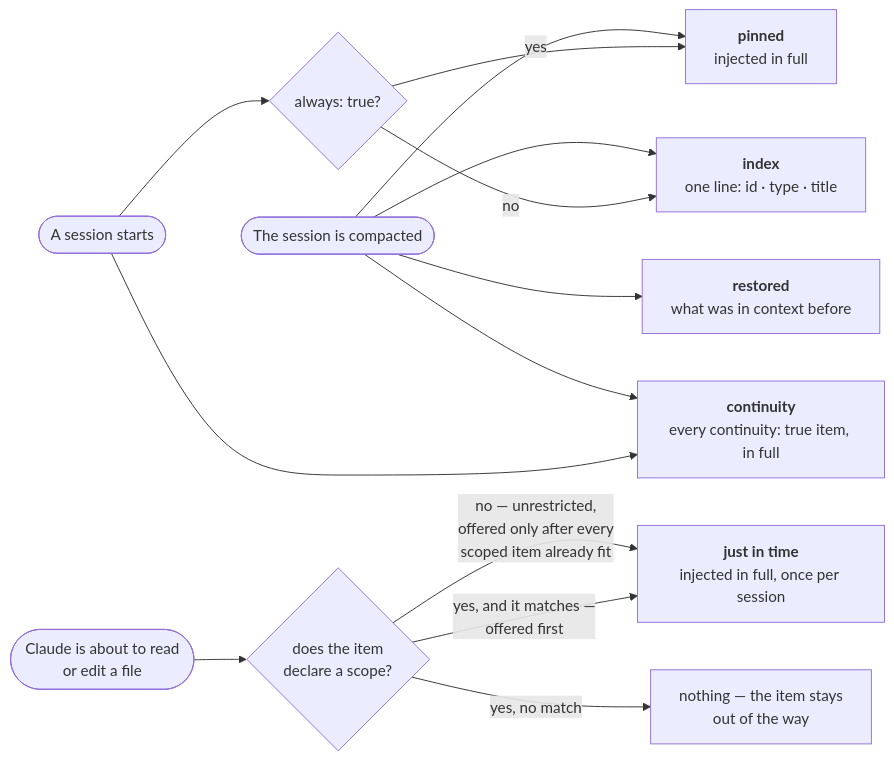
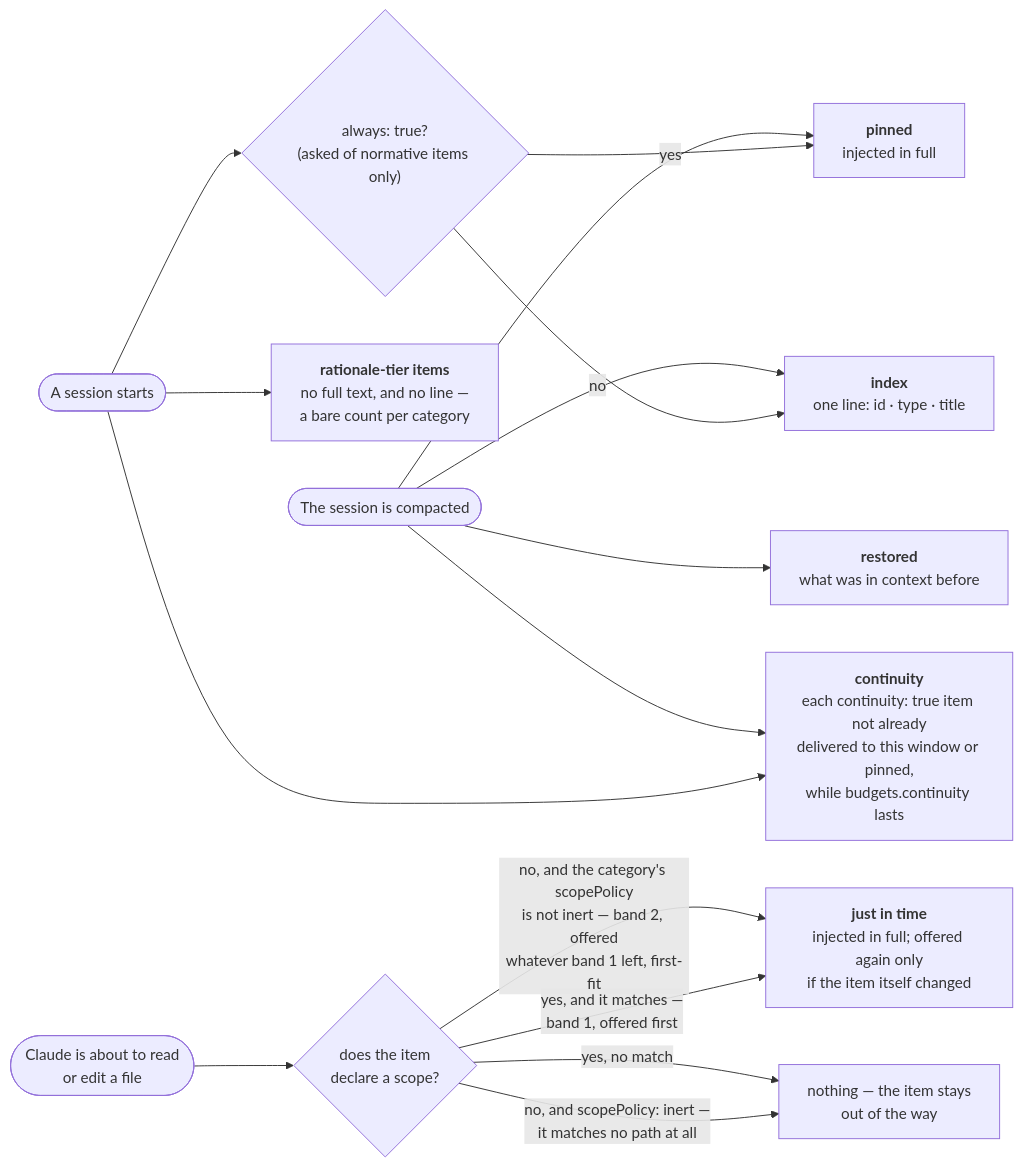
One commit to Dudi-Bar-On/my-context changed the first of 3 diagrams in docs/capabilities/02-injection.md. Above: the diagram before and after it, drawn with Mermaid. The commit also changed other lines of this file and 35 other files, not shown here.

````diff
--- a/docs/capabilities/02-injection.md
+++ b/docs/capabilities/02-injection.md
@@ -68,15 +69,17 @@
 ```mermaid
 flowchart LR
-  S(["A session starts"]) --> Q{"always: true?"}
+  S(["A session starts"]) --> Q{"always: true?<br/>(asked of normative items only)"}
   Q -->|yes| PIN["<b>pinned</b><br/>injected in full"]
   Q -->|no| IDX["<b>index</b><br/>one line: id · type · title"]
-  S --> CONT["<b>continuity</b><br/>every continuity: true item, in full"]
+  S --> RAT["<b>rationale-tier items</b><br/>no full text, and no line —<br/>a bare count per category"]
+  S --> CONT["<b>continuity</b><br/>each continuity: true item not already<br/>delivered to this window or pinned,<br/>while budgets.continuity lasts"]
   F(["Claude is about to read<br/>or edit a file"]) --> G{"does the item<br/>declare a scope?"}
-  G -->|"yes, and it matches —<br/>offered first"| JIT["<b>just in time</b><br/>injected in full, once per session"]
-  G -->|"no — unrestricted,<br/>offered only after every<br/>scoped item already fit"| JIT
-  G -->|"yes, no match"| NO["nothing — the item stays<br/>out of the way"]
+  G -->|"yes, and it matches —<br/>band 1, offered first"| JIT["<b>just in time</b><br/>injected in full; offered again only<br/>if the item itself changed"]
+  G -->|"no, and the category's scopePolicy<br/>is not inert — band 2, offered<br/>whatever band 1 left, first-fit"| JIT
+  G -->|"no, and scopePolicy: inert —<br/>it matches no path at all"| NO["nothing — the item stays<br/>out of the way"]
+  G -->|"yes, no match"| NO
   C(["The session is compacted"]) --> RES["<b>restored</b><br/>what was in context before"]
   C --> PIN
   C --> IDX
   C --> CONT
 ```
````
